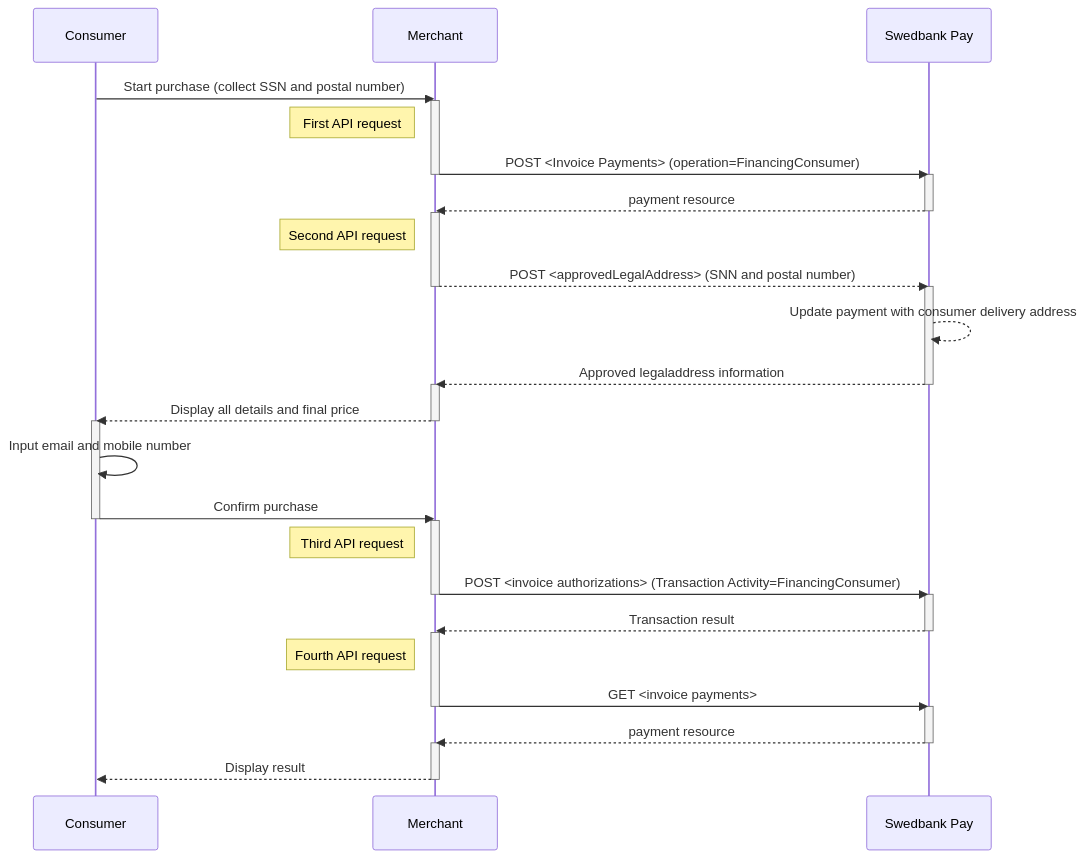
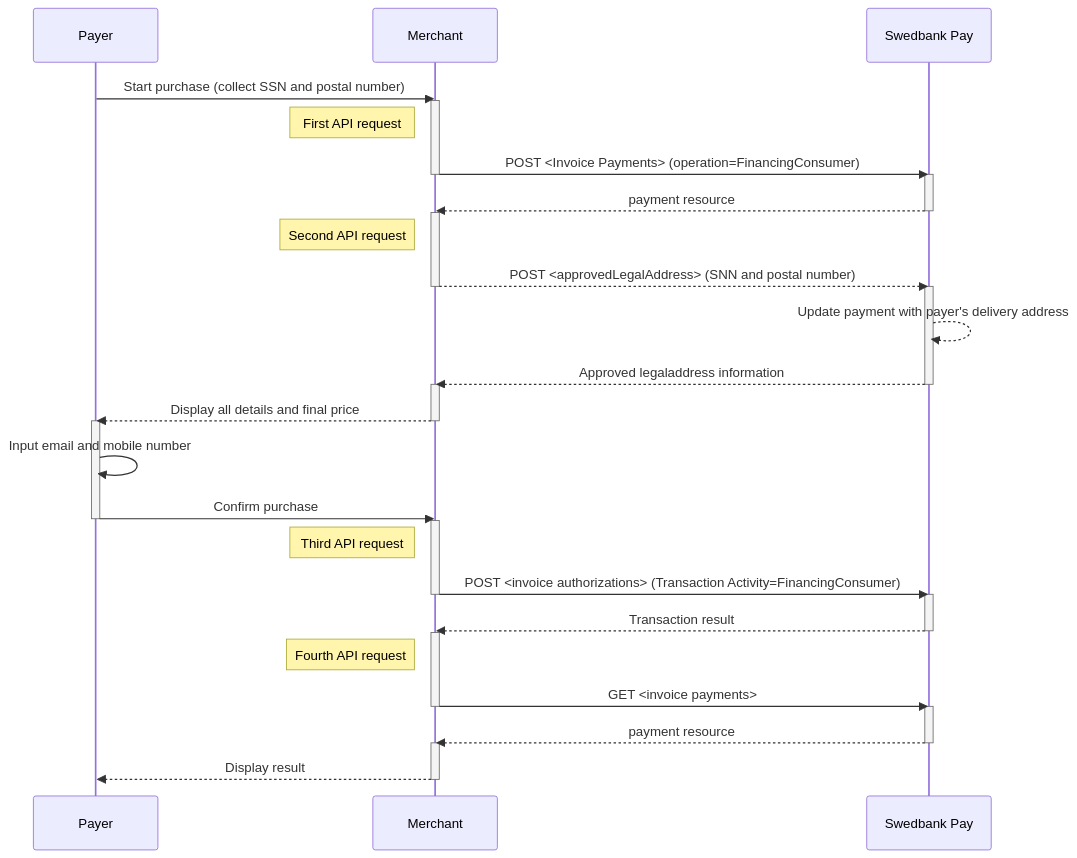
Before and after one commit to SwedbankPay/developer.swedbankpay.com: the diagram in payment-instruments/invoice/direct.md, drawn with Mermaid. The commit also changed 9 other files, not shown here.

````diff
--- a/payment-instruments/invoice/direct.md
+++ b/payment-instruments/invoice/direct.md
@@ -347,33 +347,33 @@
 ```mermaid
 sequenceDiagram
-    Consumer->>Merchant: Start purchase (collect SSN and postal number)
+    Payer->>Merchant: Start purchase (collect SSN and postal number)
     activate Merchant
     note left of Merchant: First API request
     Merchant->>-Swedbank Pay: POST <Invoice Payments> (operation=FinancingConsumer)
     activate Swedbank Pay
     Swedbank Pay-->>-Merchant: payment resource
     activate Merchant
     note left of Merchant: Second API request
     Merchant-->>-Swedbank Pay: POST <approvedLegalAddress> (SNN and postal number)
     activate Swedbank Pay
-    Swedbank Pay-->>Swedbank Pay: Update payment with consumer delivery address
+    Swedbank Pay-->>Swedbank Pay: Update payment with payer's delivery address
     Swedbank Pay-->>-Merchant: Approved legaladdress information
     activate Merchant
-    Merchant-->>-Consumer: Display all details and final price
-    activate Consumer
-    Consumer->>Consumer: Input email and mobile number
-    Consumer->>-Merchant: Confirm purchase
+    Merchant-->>-Payer: Display all details and final price
+    activate Payer
+    Payer->>Payer: Input email and mobile number
+    Payer->>-Merchant: Confirm purchase
     activate Merchant
 
     note left of Merchant: Third API request
     Merchant->>-Swedbank Pay: POST <invoice authorizations> (Transaction Activity=FinancingConsumer)
     activate Swedbank Pay
     Swedbank Pay-->>-Merchant: Transaction result
     activate Merchant
     note left of Merchant: Fourth API request
     Merchant->>-Swedbank Pay: GET <invoice payments>
     activate Swedbank Pay
     Swedbank Pay-->>-Merchant: payment resource
     activate Merchant
-    Merchant-->>-Consumer: Display result
+    Merchant-->>-Payer: Display result
 ```
````
